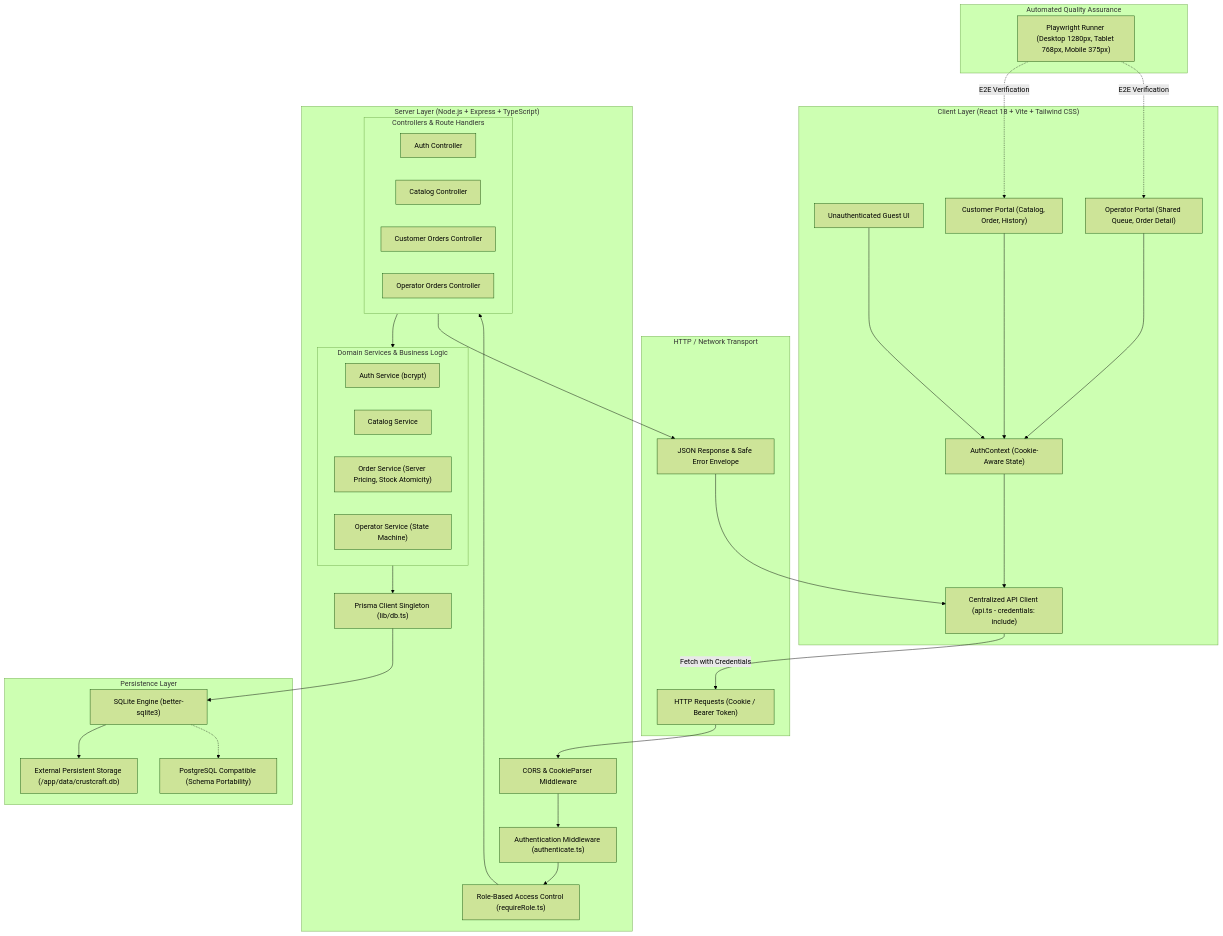
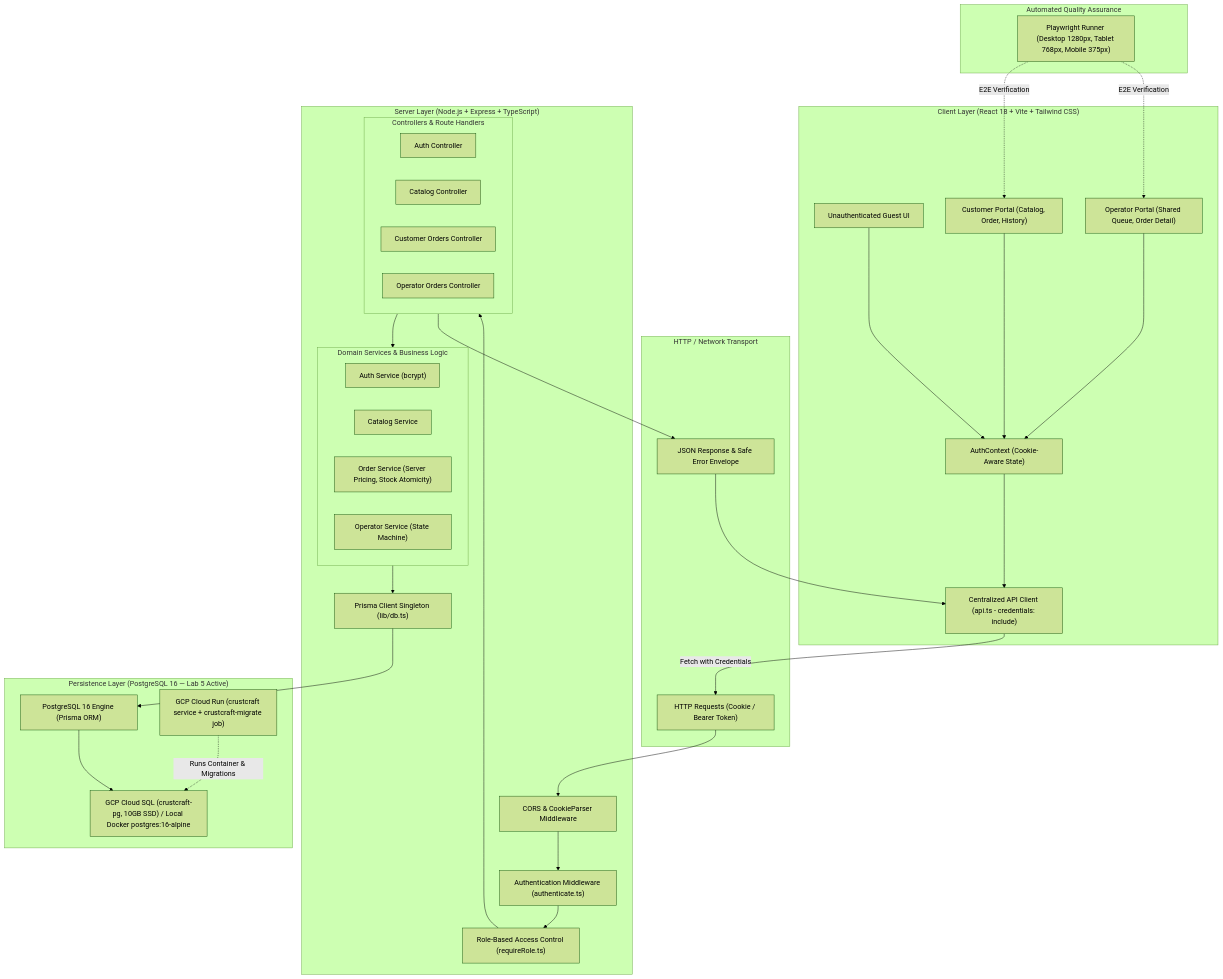
One commit to meebotsompurin-stack/crustcraft-bakery-order changed the first of 2 diagrams in docs/system-sds.md. Above: the diagram before and after it, drawn with Mermaid (forest theme). The commit also changed other lines of this file and 4 other files, not shown here.

Commit message:
docs(sprint-2): align contracts with #68 review (paymentStatus index, two-stage tags, OperatorOrderRow, PostgreSQL diagrams & seed spec)

````diff
--- a/docs/system-sds.md
+++ b/docs/system-sds.md
@@ -19,63 +19,63 @@
 ```mermaid
 graph TD
     subgraph ClientLayer ["Client Layer (React 18 + Vite + Tailwind CSS)"]
         UI_Guest["Unauthenticated Guest UI"]
         UI_Cust["Customer Portal (Catalog, Order, History)"]
         UI_Op["Operator Portal (Shared Queue, Order Detail)"]
         AuthCtx["AuthContext (Cookie-Aware State)"]
         API_Client["Centralized API Client (api.ts - credentials: include)"]
     end
 
     subgraph Transport ["HTTP / Network Transport"]
         HTTP_Req["HTTP Requests (Cookie / Bearer Token)"]
         JSON_Env["JSON Response & Safe Error Envelope"]
     end
 
     subgraph ServerLayer ["Server Layer (Node.js + Express + TypeScript)"]
         CORS["CORS & CookieParser Middleware"]
         AuthMW["Authentication Middleware (authenticate.ts)"]
         RBACMW["Role-Based Access Control (requireRole.ts)"]
         
         subgraph Controllers ["Controllers & Route Handlers"]
             AuthCtrl["Auth Controller"]
             CatCtrl["Catalog Controller"]
             OrderCtrl["Customer Orders Controller"]
             OpCtrl["Operator Orders Controller"]
         end
 
         subgraph Services ["Domain Services & Business Logic"]
             AuthSvc["Auth Service (bcrypt)"]
             CatSvc["Catalog Service"]
             OrderSvc["Order Service (Server Pricing, Stock Atomicity)"]
             OpSvc["Operator Service (State Machine)"]
         end
 
         PrismaSingleton["Prisma Client Singleton (lib/db.ts)"]
     end
 
-    subgraph PersistenceLayer ["Persistence Layer"]
-        SQLiteEngine["SQLite Engine (better-sqlite3)"]
-        VolMount["External Persistent Storage (/app/data/crustcraft.db)"]
-        PG_Option["PostgreSQL Compatible (Schema Portability)"]
+    subgraph PersistenceLayer ["Persistence Layer (PostgreSQL 16 — Lab 5 Active)"]
+        PGEngine["PostgreSQL 16 Engine (Prisma ORM)"]
+        CloudSQL["GCP Cloud SQL (crustcraft-pg, 10GB SSD) / Local Docker postgres:16-alpine"]
+        CloudRun["GCP Cloud Run (crustcraft service + crustcraft-migrate job)"]
     end
 
     subgraph E2ETesting ["Automated Quality Assurance"]
         Playwright["Playwright Runner (Desktop 1280px, Tablet 768px, Mobile 375px)"]
     end
 
     UI_Guest & UI_Cust & UI_Op --> AuthCtx
     AuthCtx --> API_Client
     API_Client -->|Fetch with Credentials| HTTP_Req
     HTTP_Req --> CORS
     CORS --> AuthMW
     AuthMW --> RBACMW
     RBACMW --> Controllers
     Controllers --> Services
     Services --> PrismaSingleton
-    PrismaSingleton --> SQLiteEngine
-    SQLiteEngine --> VolMount
-    SQLiteEngine -.-> PG_Option
+    PrismaSingleton --> PGEngine
+    PGEngine --> CloudSQL
+    CloudRun -.->|Runs Container & Migrations| CloudSQL
     Controllers --> JSON_Env
     JSON_Env --> API_Client
     Playwright -.->|E2E Verification| UI_Cust & UI_Op
 ```
````
